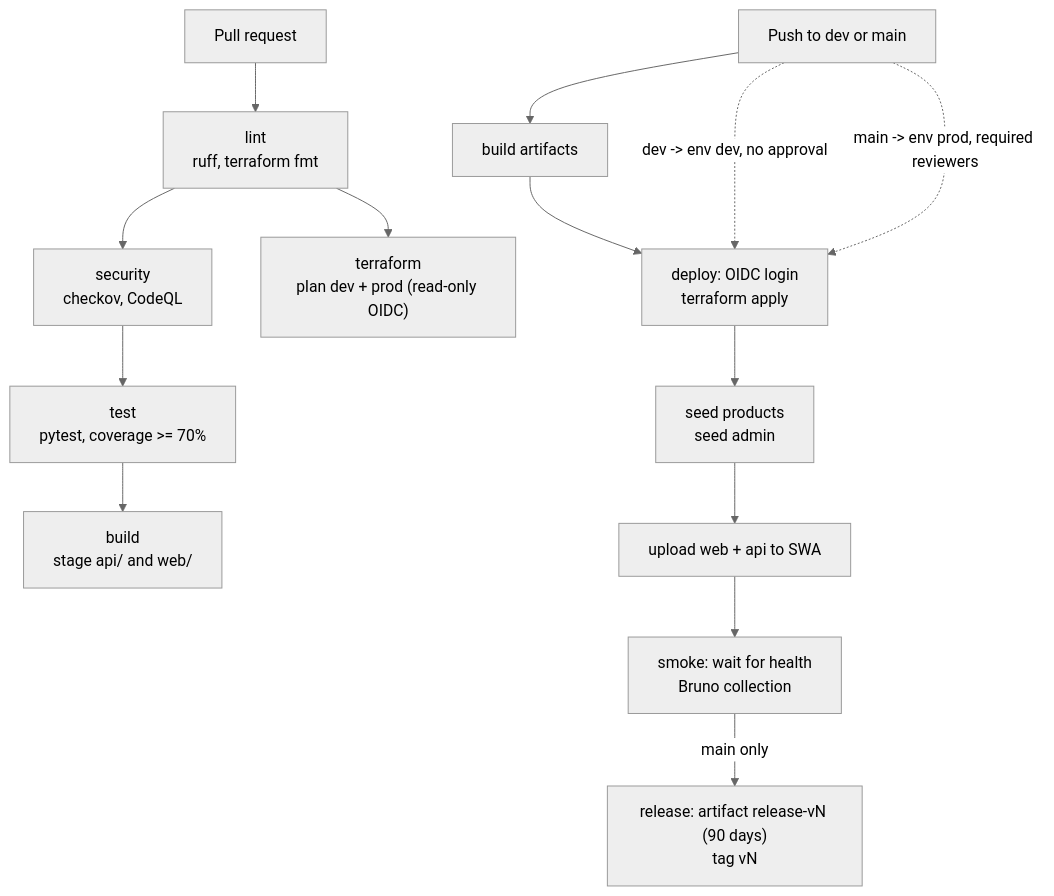
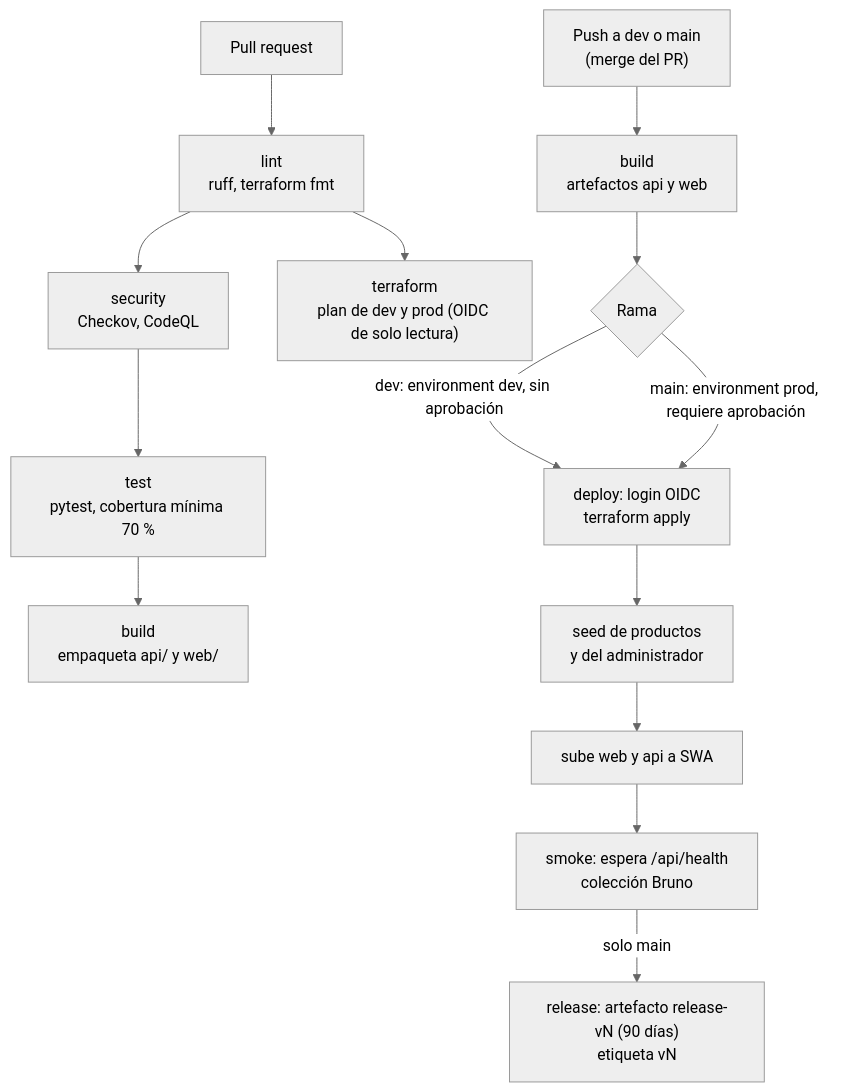
The diagram in docs/diagramas/pipeline.md (Andr3xDev/migas-en-la-nube), drawn with Mermaid (neutral theme) before and after one commit. The commit also changed other lines of this file and 4 other files, not shown here.

Commit message:
docs: add context and network diagrams, translate existing ones

````diff
--- a/docs/diagramas/pipeline.md
+++ b/docs/diagramas/pipeline.md
@@ -5,18 +5,17 @@
 ```mermaid
 flowchart TD
     PR["Pull request"] --> Lint["lint<br/>ruff, terraform fmt"]
-    Lint --> Sec["security<br/>checkov, CodeQL"]
-    Lint --> TfPlan["terraform<br/>plan dev + prod (read-only OIDC)"]
-    Sec --> Test["test<br/>pytest, coverage >= 70%"]
-    Test --> Build["build<br/>stage api/ and web/"]
+    Lint --> Sec["security<br/>Checkov, CodeQL"]
+    Lint --> TfPlan["terraform<br/>plan de dev y prod (OIDC de solo lectura)"]
+    Sec --> Test["test<br/>pytest, cobertura mínima 70 %"]
+    Test --> Build["build<br/>empaqueta api/ y web/"]
 
-    Push["Push to dev or main"] --> B["build artifacts"]
-    B --> Apply["deploy: OIDC login<br/>terraform apply"]
-    Apply --> Seeds["seed products<br/>seed admin"]
-    Seeds --> Upload["upload web + api to SWA"]
-    Upload --> Smoke["smoke: wait for health<br/>Bruno collection"]
-    Smoke -->|"main only"| Release["release: artifact release-vN (90 days)<br/>tag vN"]
-
-    Push -.->|"dev -> env dev, no approval"| Apply
-    Push -.->|"main -> env prod, required reviewers"| Apply
+    Push["Push a dev o main<br/>(merge del PR)"] --> B["build<br/>artefactos api y web"]
+    B --> Gate{"Rama"}
+    Gate -->|"dev: environment dev, sin aprobación"| Apply
+    Gate -->|"main: environment prod, requiere aprobación"| Apply
+    Apply["deploy: login OIDC<br/>terraform apply"] --> Seeds["seed de productos<br/>y del administrador"]
+    Seeds --> Upload["sube web y api a SWA"]
+    Upload --> Smoke["smoke: espera /api/health<br/>colección Bruno"]
+    Smoke -->|"solo main"| Release["release: artefacto release-vN (90 días)<br/>etiqueta vN"]
 ```
````
